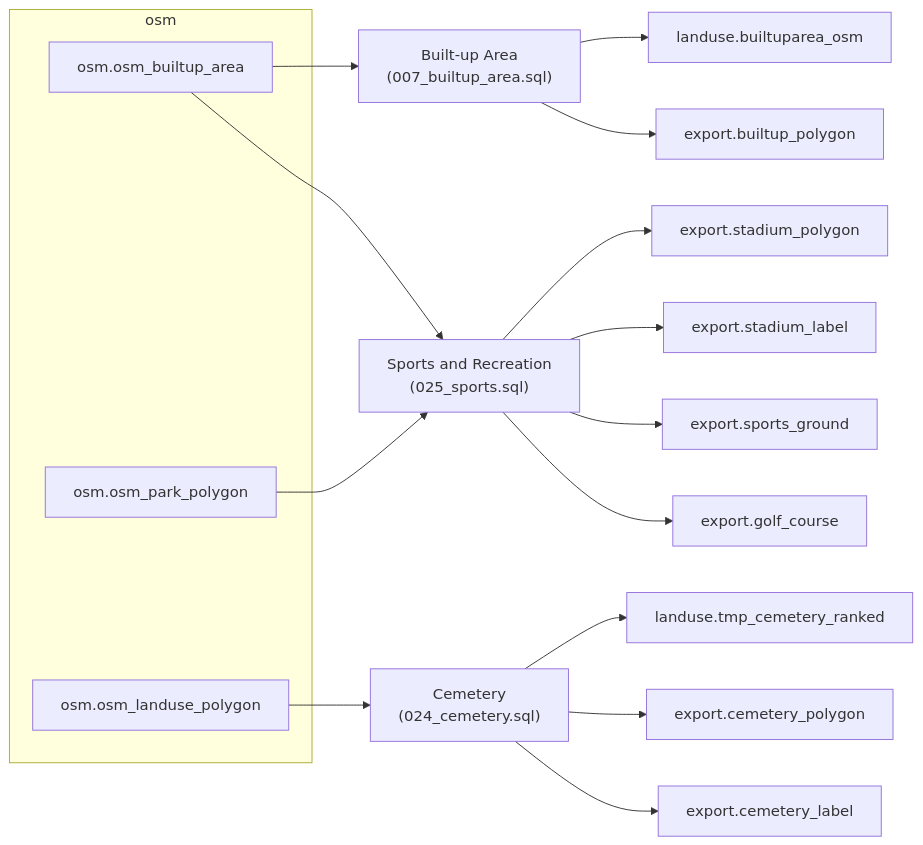
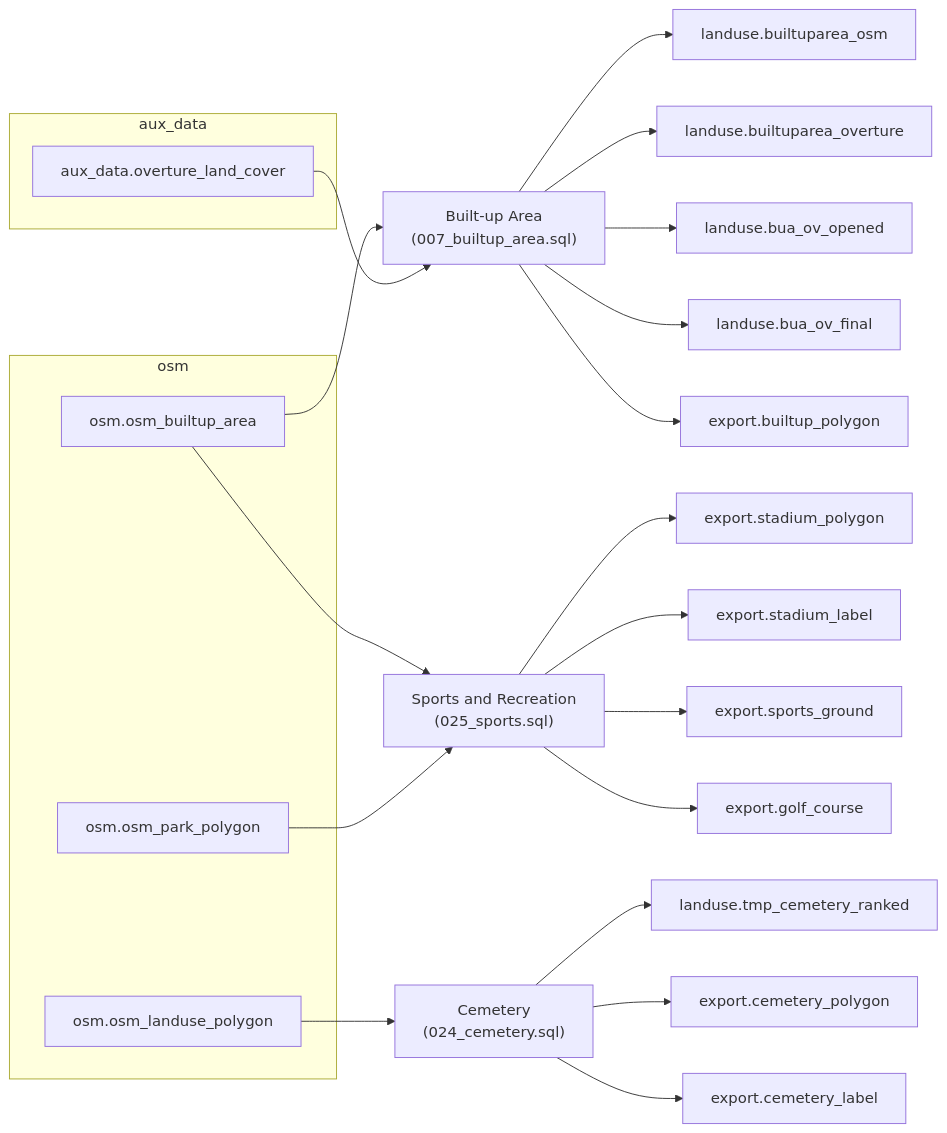
One commit to ReleasableBasemapTiles/abt changed the seventh of 10 diagrams in docs/schema/database.md. Above: the diagram before and after it, drawn with Mermaid. The commit also changed other lines of this file and 7 other files, not shown here.

First line of the commit message:
feat(schema): add generalized Overture urban areas to builtup_polygon at z4-z6

````diff
--- a/docs/schema/database.md
+++ b/docs/schema/database.md
@@ -388,33 +388,43 @@
 ```mermaid
 flowchart LR
     subgraph src_osm ["osm"]
         osm_osm_builtup_area["osm.osm_builtup_area"]
         osm_osm_landuse_polygon["osm.osm_landuse_polygon"]
         osm_osm_park_polygon["osm.osm_park_polygon"]
     end
+    subgraph src_aux ["aux_data"]
+        aux_data_overture_land_cover["aux_data.overture_land_cover"]
+    end
     script_007_builtup_area["Built-up Area<br/>(007_builtup_area.sql)"]
     osm_osm_builtup_area --> script_007_builtup_area
+    aux_data_overture_land_cover --> script_007_builtup_area
     inter_landuse_builtuparea_osm["landuse.builtuparea_osm"]
     script_007_builtup_area --> inter_landuse_builtuparea_osm
+    inter_landuse_builtuparea_overture["landuse.builtuparea_overture"]
+    script_007_builtup_area --> inter_landuse_builtuparea_overture
+    inter_landuse_bua_ov_opened["landuse.bua_ov_opened"]
+    script_007_builtup_area --> inter_landuse_bua_ov_opened
+    inter_landuse_bua_ov_final["landuse.bua_ov_final"]
+    script_007_builtup_area --> inter_landuse_bua_ov_final
     export_builtup_polygon["export.builtup_polygon"]
     script_007_builtup_area --> export_builtup_polygon
     script_024_cemetery["Cemetery<br/>(024_cemetery.sql)"]
     osm_osm_landuse_polygon --> script_024_cemetery
     inter_landuse_tmp_cemetery_ranked["landuse.tmp_cemetery_ranked"]
     script_024_cemetery --> inter_landuse_tmp_cemetery_ranked
     export_cemetery_polygon["export.cemetery_polygon"]
     script_024_cemetery --> export_cemetery_polygon
     export_cemetery_label["export.cemetery_label"]
     script_024_cemetery --> export_cemetery_label
     script_025_sports["Sports and Recreation<br/>(025_sports.sql)"]
     osm_osm_builtup_area --> script_025_sports
     osm_osm_park_polygon --> script_025_sports
     export_stadium_polygon["export.stadium_polygon"]
     script_025_sports --> export_stadium_polygon
     export_stadium_label["export.stadium_label"]
     script_025_sports --> export_stadium_label
     export_sports_ground["export.sports_ground"]
     script_025_sports --> export_sports_ground
     export_golf_course["export.golf_course"]
     script_025_sports --> export_golf_course
 ```
````
